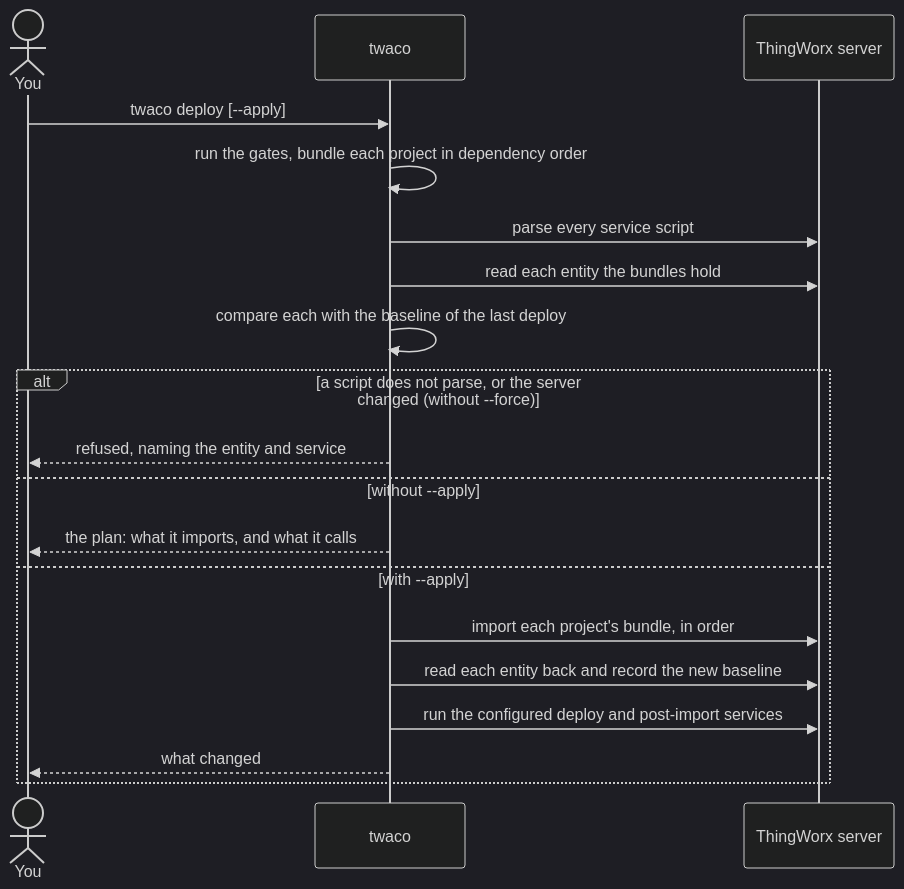
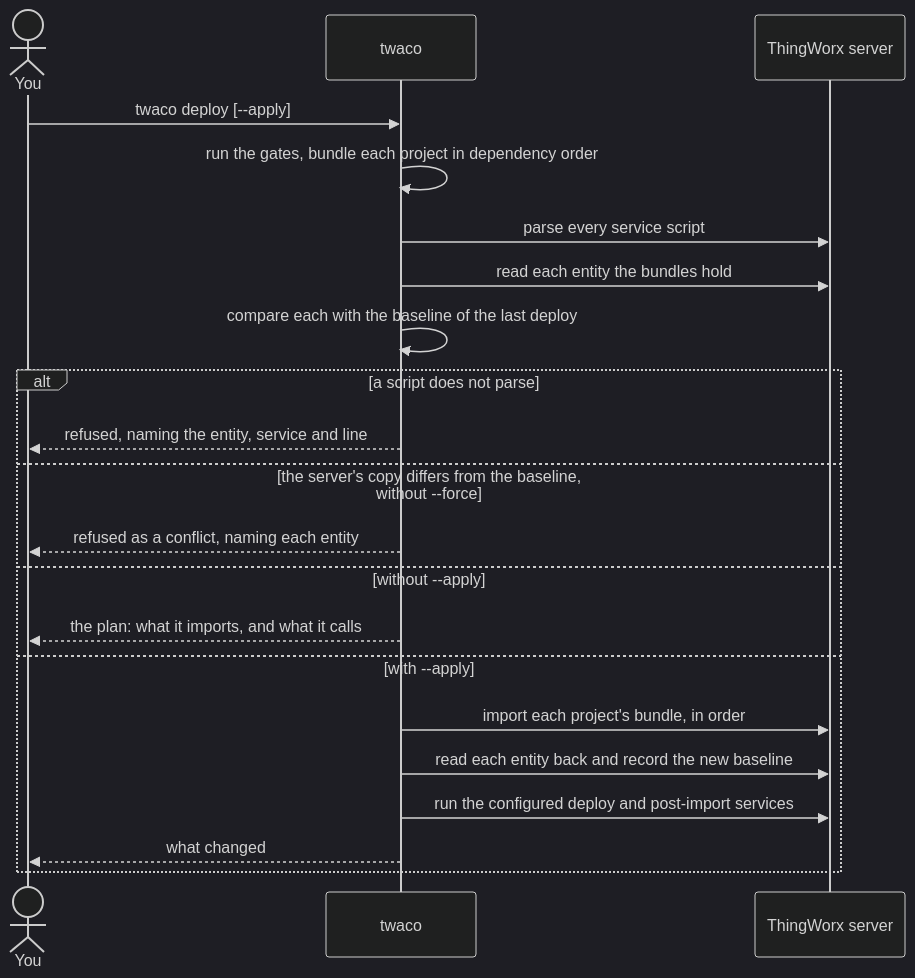
The second of 4 diagrams in README.md (butteredstardust/twaco), drawn with Mermaid (dark theme) before and after one commit. The commit also changed other lines of this file and 2 other files, not shown here.

Commit message:
Say which deploy refusals --force lifts, and keep the size figures in one unit
MCP_SCHEMAS.md still counted 73 tools; every one of the 81 has an output schema.

Claude-Session: https://claude.ai/code/session_012GFBxTYj1Kz4K1fqkyRAJD

````diff
--- a/README.md
+++ b/README.md
@@ -101,21 +102,23 @@
 ```mermaid
 sequenceDiagram
     actor You
     participant twaco
     participant Server as ThingWorx server
     You->>twaco: twaco deploy [--apply]
     twaco->>twaco: run the gates, bundle each project in dependency order
     twaco->>Server: parse every service script
     twaco->>Server: read each entity the bundles hold
     twaco->>twaco: compare each with the baseline of the last deploy
-    alt a script does not parse, or the server changed (without --force)
-        twaco-->>You: refused, naming the entity and service
+    alt a script does not parse
+        twaco-->>You: refused, naming the entity, service and line
+    else the server's copy differs from the baseline, without --force
+        twaco-->>You: refused as a conflict, naming each entity
     else without --apply
         twaco-->>You: the plan: what it imports, and what it calls
     else with --apply
         twaco->>Server: import each project's bundle, in order
         twaco->>Server: read each entity back and record the new baseline
         twaco->>Server: run the configured deploy and post-import services
         twaco-->>You: what changed
     end
 ```
````
